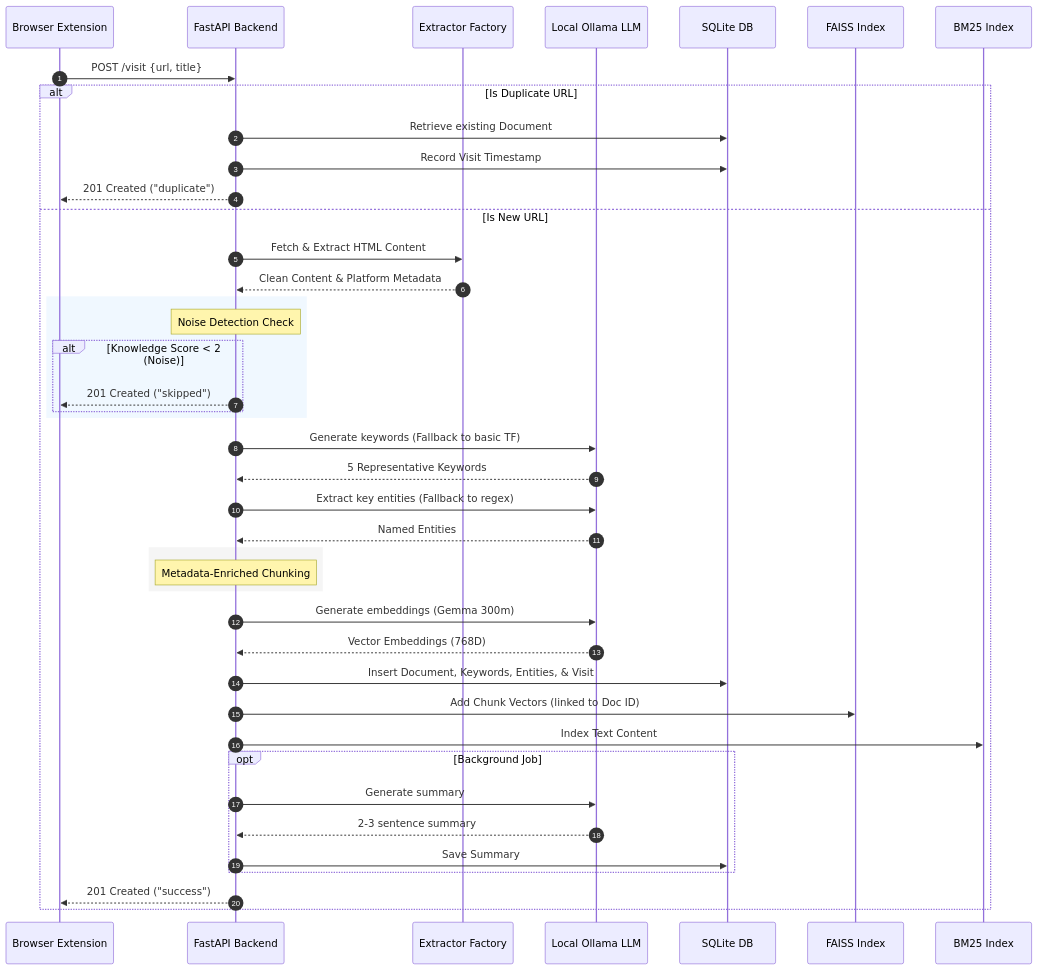
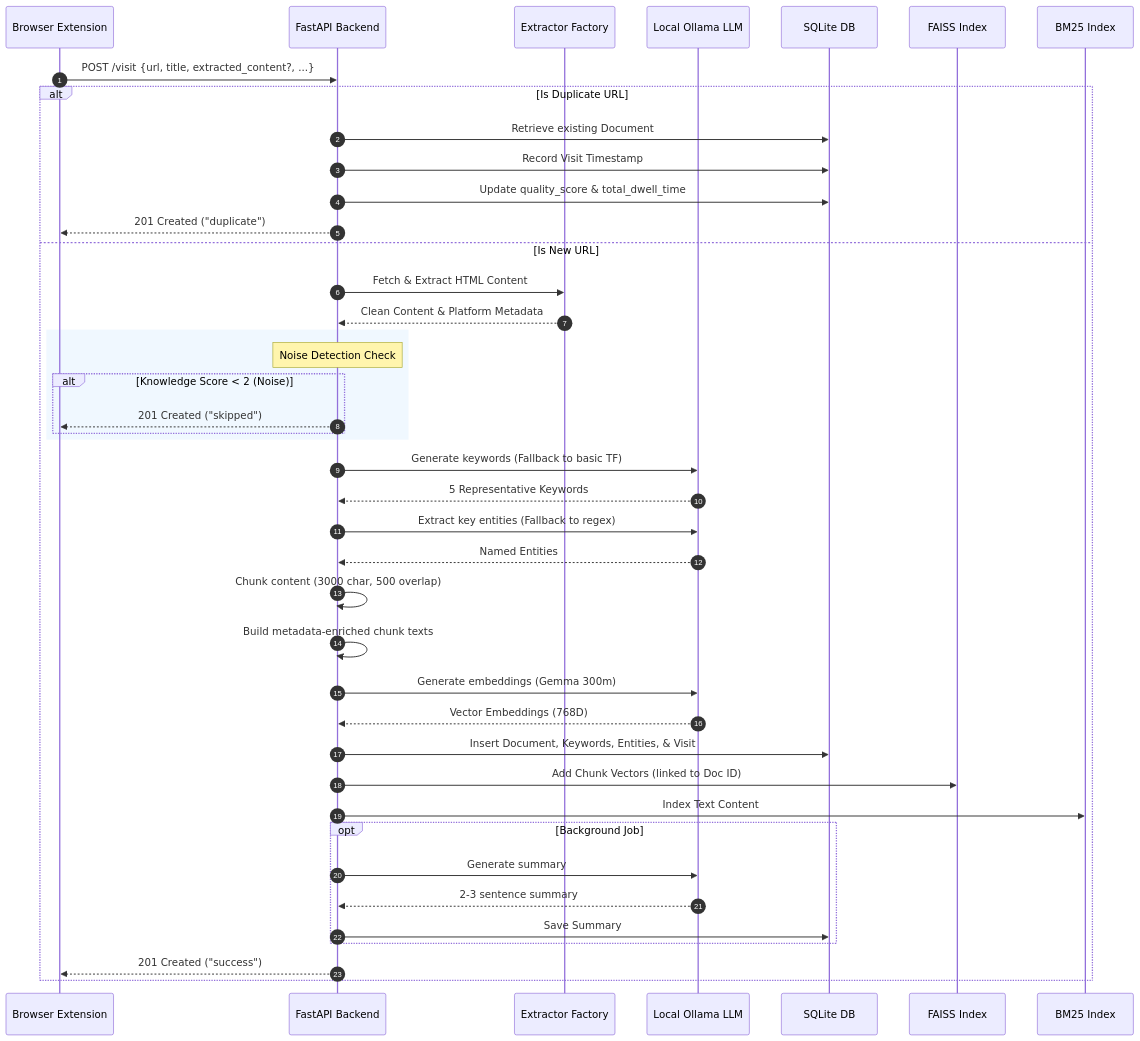
The second of 3 diagrams in docs/architecture.md (SpreadSheets600/MindCache), drawn with Mermaid before and after one commit. The commit also changed other lines of this file and 12 other files, not shown here.

````diff
--- a/docs/architecture.md
+++ b/docs/architecture.md
@@ -126,54 +296,54 @@
 ```mermaid
 sequenceDiagram
     autonumber
     participant Extension as Browser Extension
     participant BE as FastAPI Backend
     participant Extractor as Extractor Factory
     participant Ollama as Local Ollama LLM
     participant DB as SQLite DB
     participant FAISS as FAISS Index
     participant BM25 as BM25 Index
 
-    Extension ->> BE: POST /visit {url, title}
+    Extension ->> BE: POST /visit {url, title, extracted_content?, ...}
 
     alt Is Duplicate URL
         BE ->> DB: Retrieve existing Document
         BE ->> DB: Record Visit Timestamp
+        BE ->> DB: Update quality_score & total_dwell_time
         BE -->> Extension: 201 Created ("duplicate")
     else Is New URL
         BE ->> Extractor: Fetch & Extract HTML Content
         Extractor -->> BE: Clean Content & Platform Metadata
 
         rect rgb(240, 248, 255)
             Note over BE: Noise Detection Check
             alt Knowledge Score < 2 (Noise)
                 BE -->> Extension: 201 Created ("skipped")
             end
         end
 
         BE ->> Ollama: Generate keywords (Fallback to basic TF)
         Ollama -->> BE: 5 Representative Keywords
 
         BE ->> Ollama: Extract key entities (Fallback to regex)
         Ollama -->> BE: Named Entities
 
-        rect rgb(245, 245, 245)
-            Note over BE: Metadata-Enriched Chunking
-        end
+        BE ->> BE: Chunk content (3000 char, 500 overlap)
+        BE ->> BE: Build metadata-enriched chunk texts
 
         BE ->> Ollama: Generate embeddings (Gemma 300m)
         Ollama -->> BE: Vector Embeddings (768D)
 
         BE ->> DB: Insert Document, Keywords, Entities, & Visit
         BE ->> FAISS: Add Chunk Vectors (linked to Doc ID)
         BE ->> BM25: Index Text Content
 
         opt Background Job
             BE ->> Ollama: Generate summary
             Ollama -->> BE: 2-3 sentence summary
             BE ->> DB: Save Summary
         end
 
         BE -->> Extension: 201 Created ("success")
     end
 ```
````
